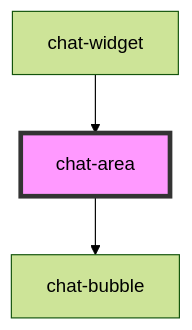
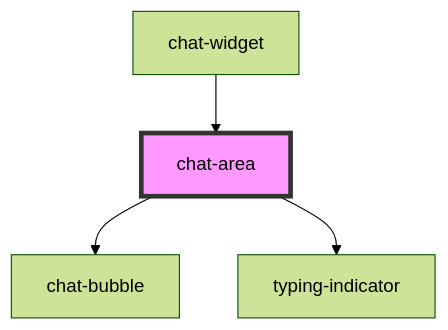
One commit to joy-dey/juno changed the diagram in src/components/chat-area/readme.md. Above: the diagram before and after it, drawn with Mermaid (forest theme). The commit also changed other lines of this file and 2 other files, not shown here.

````diff
--- a/src/components/chat-area/readme.md
+++ b/src/components/chat-area/readme.md
@@ -40,6 +36,7 @@
 ```mermaid
 graph TD;
   chat-area --> chat-bubble
+  chat-area --> typing-indicator
   chat-widget --> chat-area
   style chat-area fill:#f9f,stroke:#333,stroke-width:4px
 ```
````
